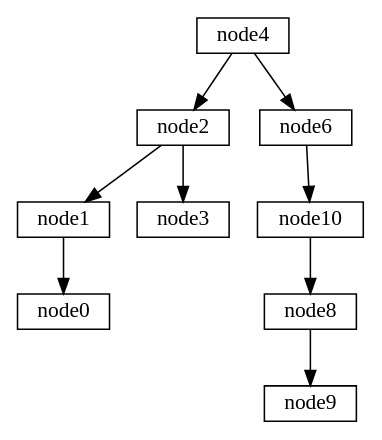
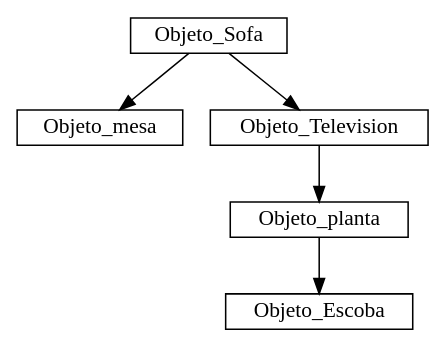
One commit to olgt/Laboratorio_EDD_201612341 changed the diagram in build-EDD_Proyecto_1-Desktop_Qt_5_15_0_GCC_64bit-Debug/BinarioGrafica.gv. Above: the diagram before and after it, drawn with Graphviz. The commit also changed 68 other files, not shown here.

```diff
--- a/build-EDD_Proyecto_1-Desktop_Qt_5_15_0_GCC_64bit-Debug/BinarioGrafica.gv
+++ b/build-EDD_Proyecto_1-Desktop_Qt_5_15_0_GCC_64bit-Debug/BinarioGrafica.gv
@@ -1,12 +1,8 @@
 digraph G {
 rankdir = TB; 
 node [shape=record, width=.1, height=.1]; 
-node4->node2; 
-node2->node1; 
-node1->node0; 
-node2->node3; 
-node4->node6; 
-node6->node10; 
-node10->node8; 
-node8->node9; 
+Objeto_Sofa->Objeto_mesa; 
+Objeto_Sofa->Objeto_Television; 
+Objeto_Television->Objeto_planta; 
+Objeto_planta->Objeto_Escoba; 
 }
```
